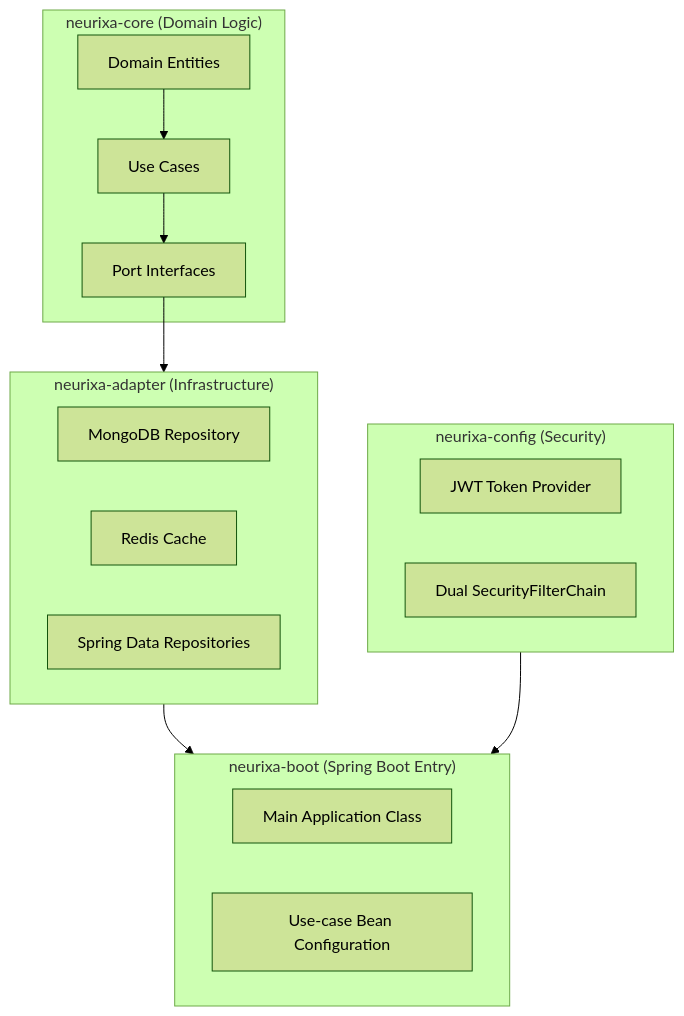
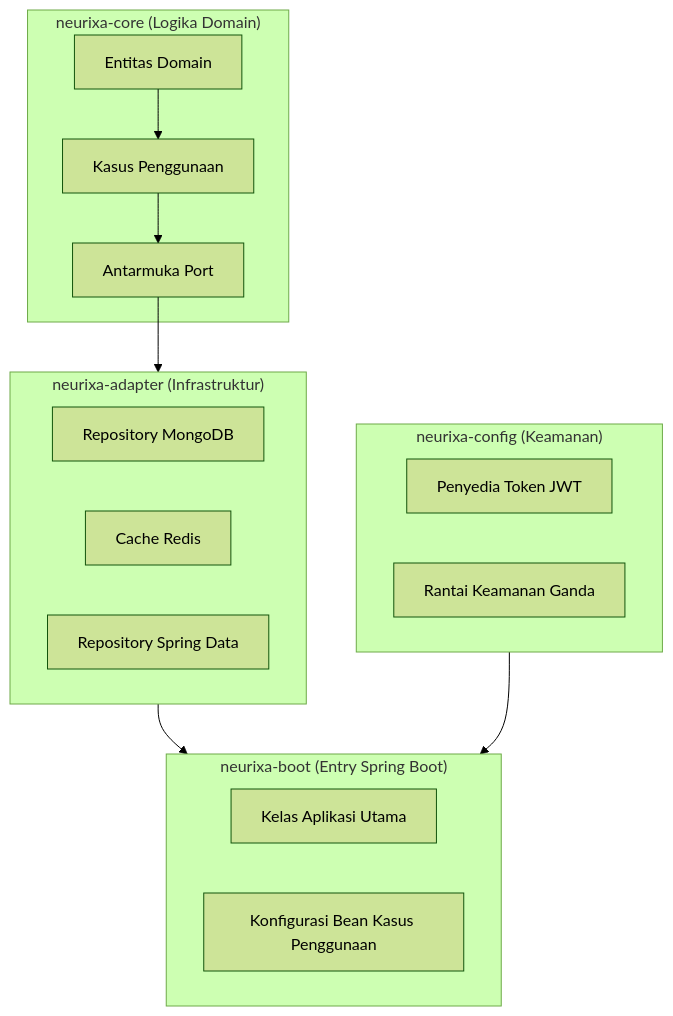
The diagram in README.md (044720182/neurixa), drawn with Mermaid (forest theme) before and after one commit. The commit also changed other lines of this file, not shown here.

````diff
--- a/README.md
+++ b/README.md
@@ -105,30 +132,30 @@
 ```mermaid
 graph TD
-    subgraph Core["neurixa-core (Domain Logic)"]
-        CoreEntities[Domain Entities]
-        CoreUseCases[Use Cases]
-        CorePorts[Port Interfaces]
+    subgraph Core["neurixa-core (Logika Domain)"]
+        CoreEntities[Entitas Domain]
+        CoreUseCases[Kasus Penggunaan]
+        CorePorts[Antarmuka Port]
     end
 
-    subgraph Adapter["neurixa-adapter (Infrastructure)"]
-        MongoRepo[MongoDB Repository]
-        RedisCache[Redis Cache]
-        SpringData[Spring Data Repositories]
+    subgraph Adapter["neurixa-adapter (Infrastruktur)"]
+        MongoRepo[Repository MongoDB]
+        RedisCache[Cache Redis]
+        SpringData[Repository Spring Data]
     end
 
-    subgraph Config["neurixa-config (Security)"]
-        JWTProvider[JWT Token Provider]
-        SecurityChains[Dual SecurityFilterChain]
+    subgraph Config["neurixa-config (Keamanan)"]
+        JWTProvider[Penyedia Token JWT]
+        SecurityChains[Rantai Keamanan Ganda]
     end
 
-    subgraph Boot["neurixa-boot (Spring Boot Entry)"]
-        MainApp[Main Application Class]
-        BeanConfig[Use‑case Bean Configuration]
+    subgraph Boot["neurixa-boot (Entry Spring Boot)"]
+        MainApp[Kelas Aplikasi Utama]
+        BeanConfig[Konfigurasi Bean Kasus Penggunaan]
     end
 
     CoreEntities --> CoreUseCases
     CoreUseCases --> CorePorts
     CorePorts --> Adapter
     Adapter --> Boot
     Config --> Boot
 ```
````
